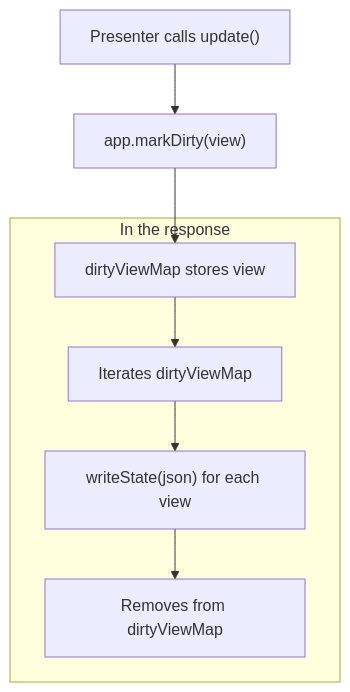
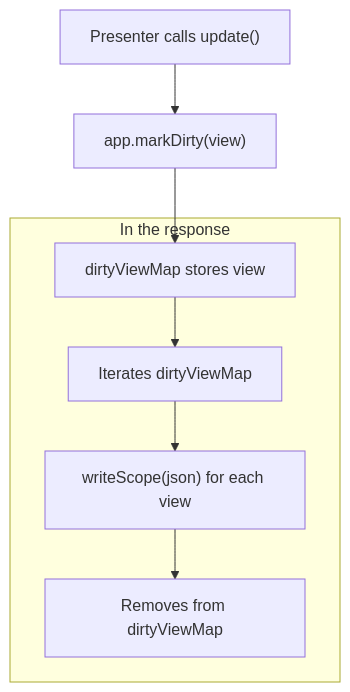
The sixth of 9 diagrams in docs/architecture-react.md (mrcdom/wdc-cube-kotlin), drawn with Mermaid before and after one commit. The commit also changed other lines of this file and 117 other files, not shown here.

First line of the commit message:
refactor(cube): ViewState becomes Scope, in code, protocol and docs

````diff
--- a/docs/architecture-react.md
+++ b/docs/architecture-react.md
@@ -294,12 +294,12 @@
 ```mermaid
 graph TB
     P["Presenter calls update()"]
     P --> MD["app.markDirty(view)"]
     MD --> DM["dirtyViewMap stores view"]
 
     subgraph "In the response"
         DM --> IT["Iterates dirtyViewMap"]
-        IT --> WS["writeState(json) for each view"]
+        IT --> WS["writeScope(json) for each view"]
         WS --> CL["Removes from dirtyViewMap"]
     end
 ```
````
